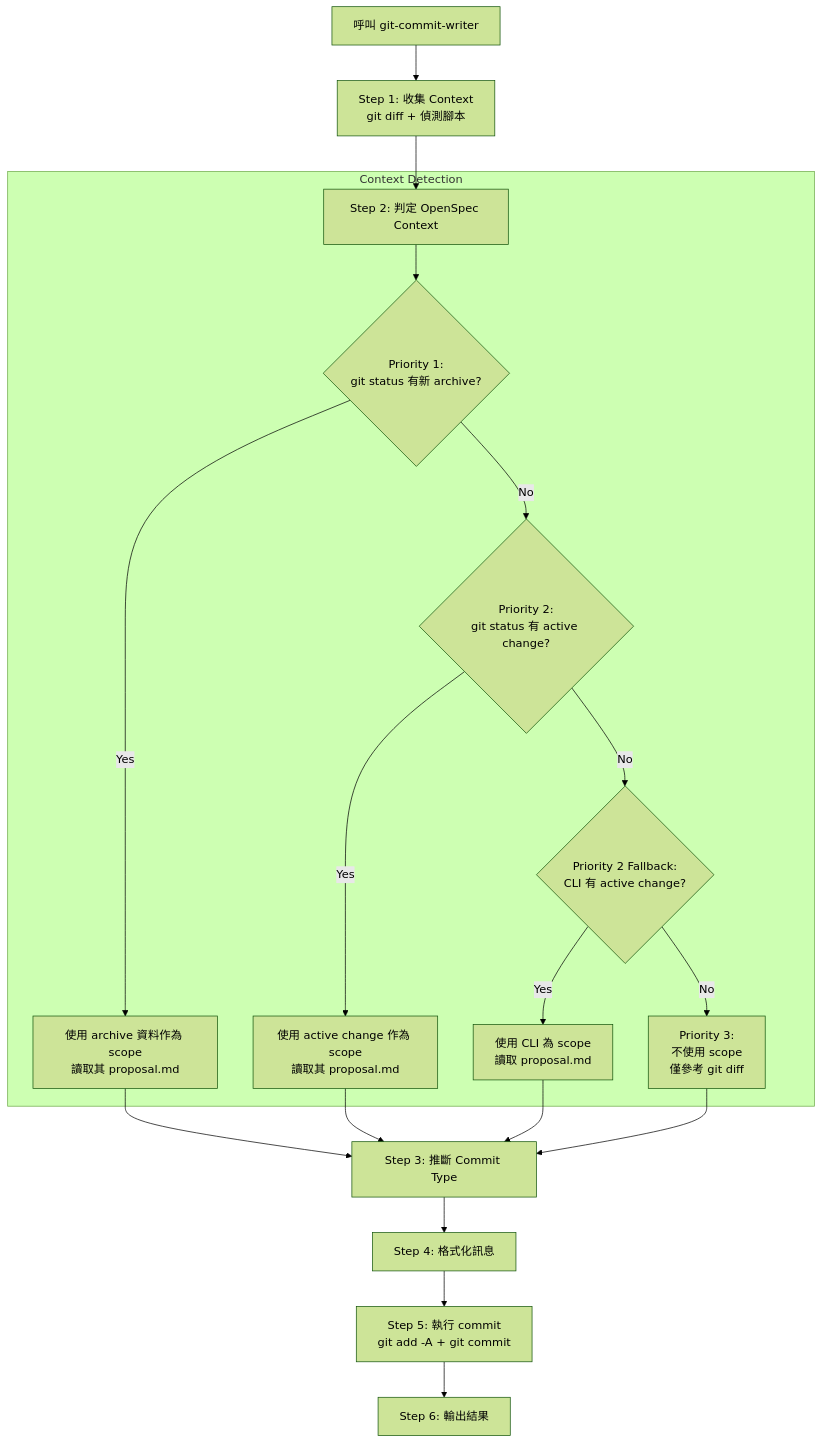
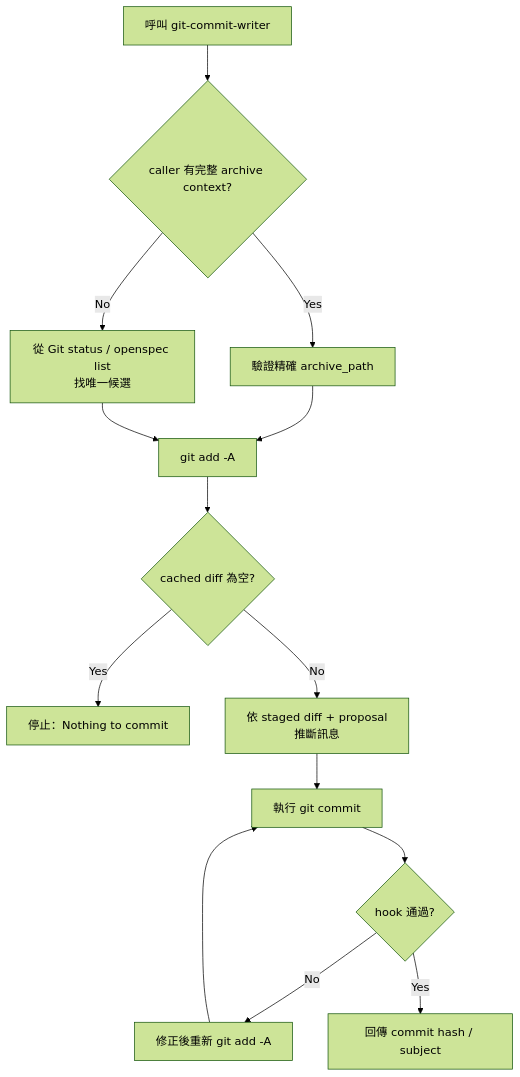
One commit to wkchen5872/wk-agent-ops changed the diagram in docs/skills/git-commit-writer.md. Above: the diagram before and after it, drawn with Mermaid (forest theme). The commit also changed other lines of this file and 26 other files, not shown here.

First line of the commit message:
refactor(refine-openspec-commit-orchestration): streamline workflow

````diff
--- a/docs/skills/git-commit-writer.md
+++ b/docs/skills/git-commit-writer.md
@@ -19,24 +28,16 @@
 ```mermaid
 graph TD
-    Start[呼叫 git-commit-writer] --> Gather[Step 1: 收集 Context<br/>git diff + 偵測腳本]
-    Gather --> Detect[Step 2: 判定 OpenSpec Context]
-    
-    subgraph Context Detection
-    Detect --> CheckArchive{Priority 1:<br/>git status 有新 archive?}
-    CheckArchive -- Yes --> UseArchive[使用 archive 資料作為 scope<br/>讀取其 proposal.md]
-    CheckArchive -- No --> CheckStatus{Priority 2:<br/>git status 有 active change?}
-    CheckStatus -- Yes --> UseActive[使用 active change 作為 scope<br/>讀取其 proposal.md]
-    CheckStatus -- No --> CheckCLI{Priority 2 Fallback:<br/>CLI 有 active change?}
-    CheckCLI -- Yes --> UseCLI[使用 CLI 為 scope<br/>讀取 proposal.md]
-    CheckCLI -- No --> NoScope[Priority 3:<br/>不使用 scope<br/>僅參考 git diff]
-    end
-    
-    UseArchive --> Infer[Step 3: 推斷 Commit Type]
-    UseActive --> Infer
-    UseCLI --> Infer
-    NoScope --> Infer
-    
-    Infer --> Format[Step 4: 格式化訊息]
-    Format --> Execute[Step 5: 執行 commit<br/>git add -A + git commit]
-    Execute --> Done[Step 6: 輸出結果]
+    Start[呼叫 git-commit-writer] --> Context{caller 有完整 archive context?}
+    Context -- Yes --> Validate[驗證精確 archive_path]
+    Context -- No --> Detect[從 Git status / openspec list<br/>找唯一候選]
+    Validate --> Stage[git add -A]
+    Detect --> Stage
+    Stage --> Empty{cached diff 為空?}
+    Empty -- Yes --> Stop[停止：Nothing to commit]
+    Empty -- No --> Infer[依 staged diff + proposal<br/>推斷訊息]
+    Infer --> Commit[執行 git commit]
+    Commit --> Hook{hook 通過?}
+    Hook -- No --> Restage[修正後重新 git add -A]
+    Restage --> Commit
+    Hook -- Yes --> Done[回傳 commit hash / subject]
 ```
````
